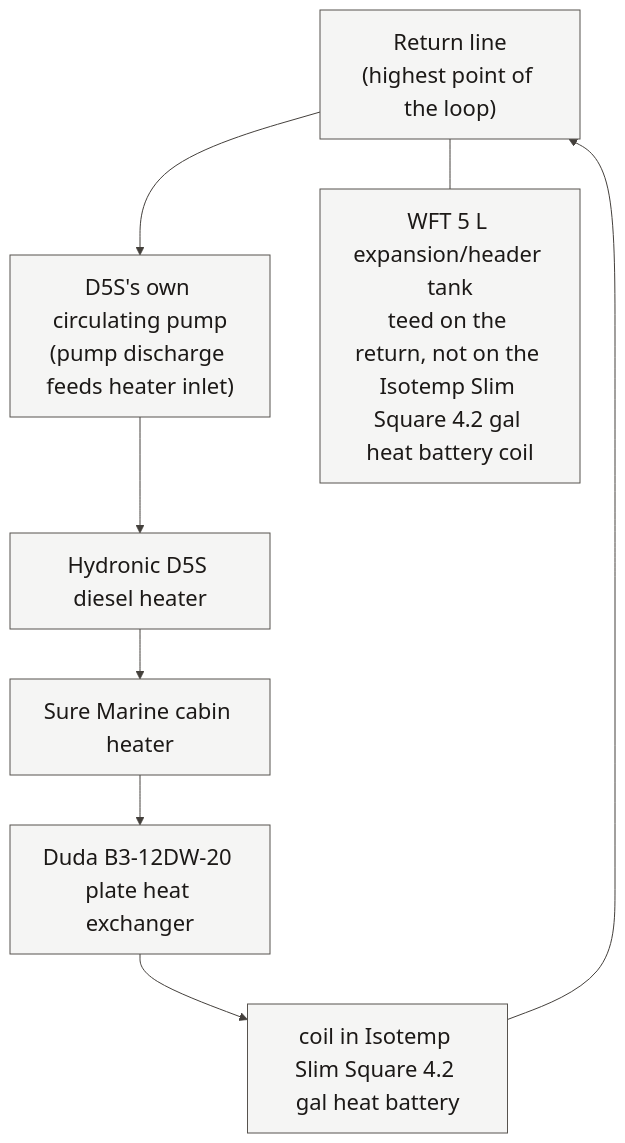
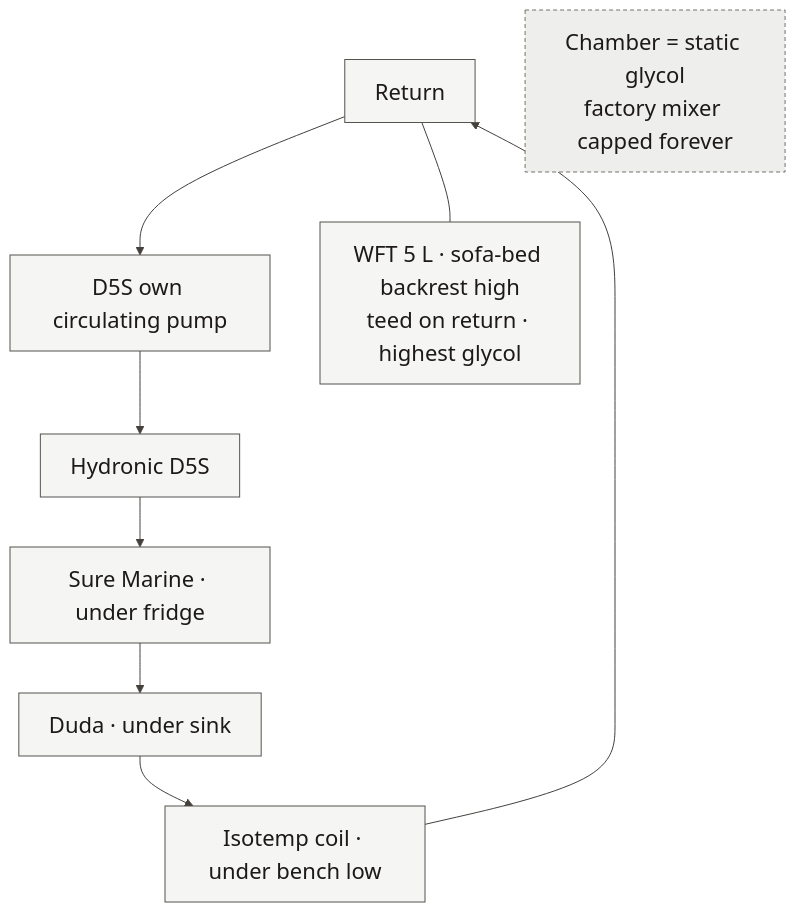
Before and after one commit to benracine/sprinter-heat: the diagram in book/diagrams/glycol-loop.mmd, drawn with Mermaid. The commit also changed 21 other files, not shown here.

```diff
--- a/book/diagrams/glycol-loop.mmd
+++ b/book/diagrams/glycol-loop.mmd
@@ -1,12 +1,16 @@
 %%{init: {'theme':'base','themeVariables': {'background':'#fafaf9','primaryColor':'#f5f5f4','primaryTextColor':'#1c1917','primaryBorderColor':'#57534e','lineColor':'#44403c','secondaryColor':'#e7e5e4','tertiaryColor':'#eeeeec','fontFamily':'Avenir Next, Avenir, Helvetica Neue, sans-serif','fontSize':'22px','textColor':'#1c1917','mainBkg':'#f5f5f4','clusterBkg':'#eeeeec','clusterBorder':'#78716c','edgeLabelBackground':'#fafaf9'}}}%%
 flowchart TD
-    R["Return line<br/>(highest point of the loop)"] --> HP["D5S's own circulating pump<br/>(pump discharge feeds heater inlet)"]
-    HP --> H[Hydronic D5S diesel heater]
-    H --> F[Sure Marine cabin heater]
-    F --> D[Duda B3-12DW-20 plate heat exchanger]
-    D --> I[coil in Isotemp Slim Square 4.2 gal heat battery]
-    I --> R
-    R --- E["WFT 5 L expansion/header tank<br/>teed on the return, not on the Isotemp Slim Square 4.2 gal heat battery coil"]
+  R[Return] --> HP["D5S own circulating pump"]
+  HP --> H[Hydronic D5S]
+  H --> F["Sure Marine · under fridge"]
+  F --> D["Duda · under sink"]
+  D --> I["Isotemp coil · under bench low"]
+  I --> R
+  WFT["WFT 5 L · sofa-bed backrest high<br/>teed on return · highest glycol"]
+  R --- WFT
+  NOTE["Chamber = static glycol<br/>factory mixer capped forever"]
 
-    classDef normal fill:#f5f5f4,stroke:#57534e,stroke-width:1px,color:#1c1917;
-    class H,HP,F,D,I,R,E normal;
+  classDef normal fill:#f5f5f4,stroke:#57534e,stroke-width:1px,color:#1c1917;
+  classDef note fill:#eeeeec,stroke:#78716c,stroke-width:1px,stroke-dasharray:4 3,color:#1c1917;
+  class R,HP,H,F,D,I,WFT normal;
+  class NOTE note;
```
